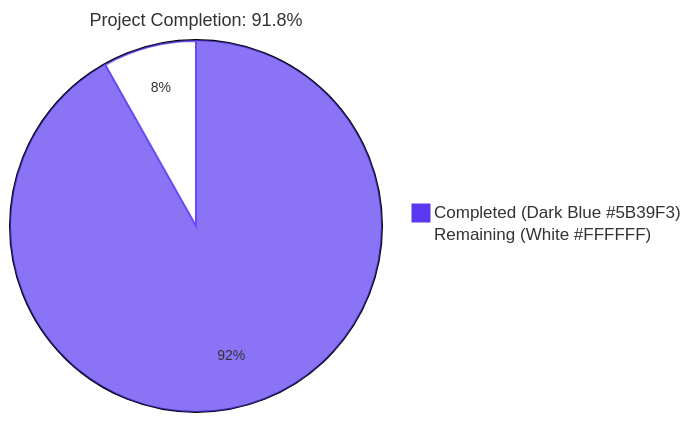
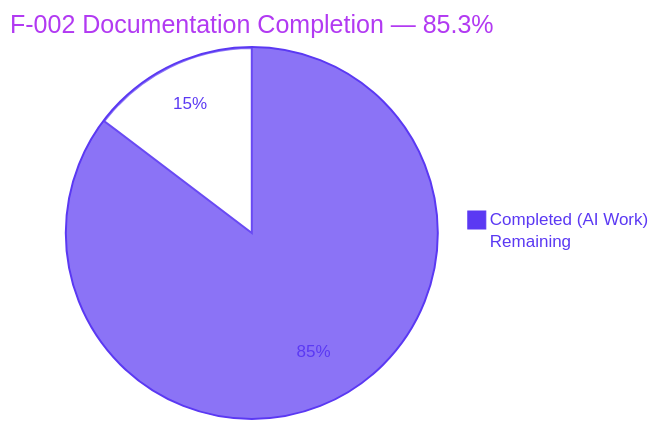
One commit to jrubin-blitzy/Sales-Connections changed the first of 5 diagrams in blitzy/documentation/Project Guide.md. Above: the diagram before and after it, drawn with Mermaid. The commit also changed other lines of this file, not shown here.

Commit message:
Adding Blitzy Project Guide: Project Status and Human Tasks Remaining

````diff
--- a/blitzy/documentation/Project Guide.md
+++ b/blitzy/documentation/Project Guide.md
@@ -11,6 +19,6 @@
 ```mermaid
-%%{init: {"theme":"base","themeVariables":{"pie1":"#5B39F3","pie2":"#FFFFFF","pieStrokeColor":"#5B39F3","pieOuterStrokeWidth":"2px","pieTitleTextSize":"18px","pieSectionTextSize":"14px"}}}%%
-pie title Project Completion: 91.8%
-    "Completed (Dark Blue #5B39F3)" : 810
-    "Remaining (White #FFFFFF)" : 72
+%%{init: {'theme':'base','themeVariables':{'pie1':'#5B39F3','pie2':'#FFFFFF','pieStrokeColor':'#5B39F3','pieOuterStrokeColor':'#5B39F3','pieTitleTextColor':'#B23AF2','pieSectionTextColor':'#5B39F3','pieLegendTextColor':'#5B39F3'}}}%%
+pie title F-002 Documentation Completion — 85.3%
+    "Completed (AI Work)" : 93
+    "Remaining" : 16
 ```
````
